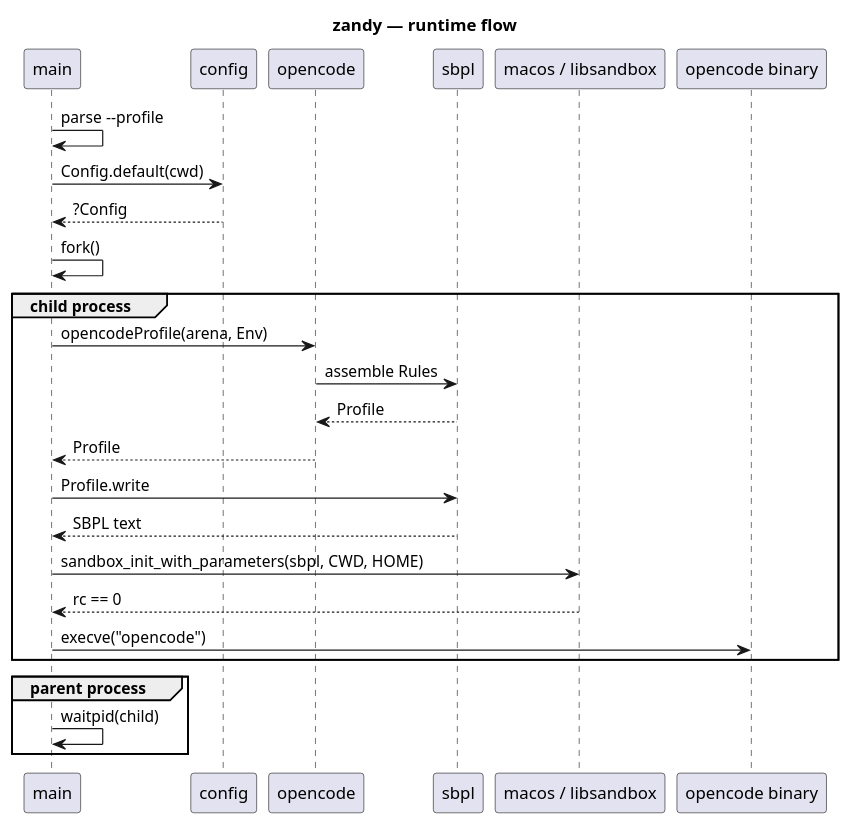
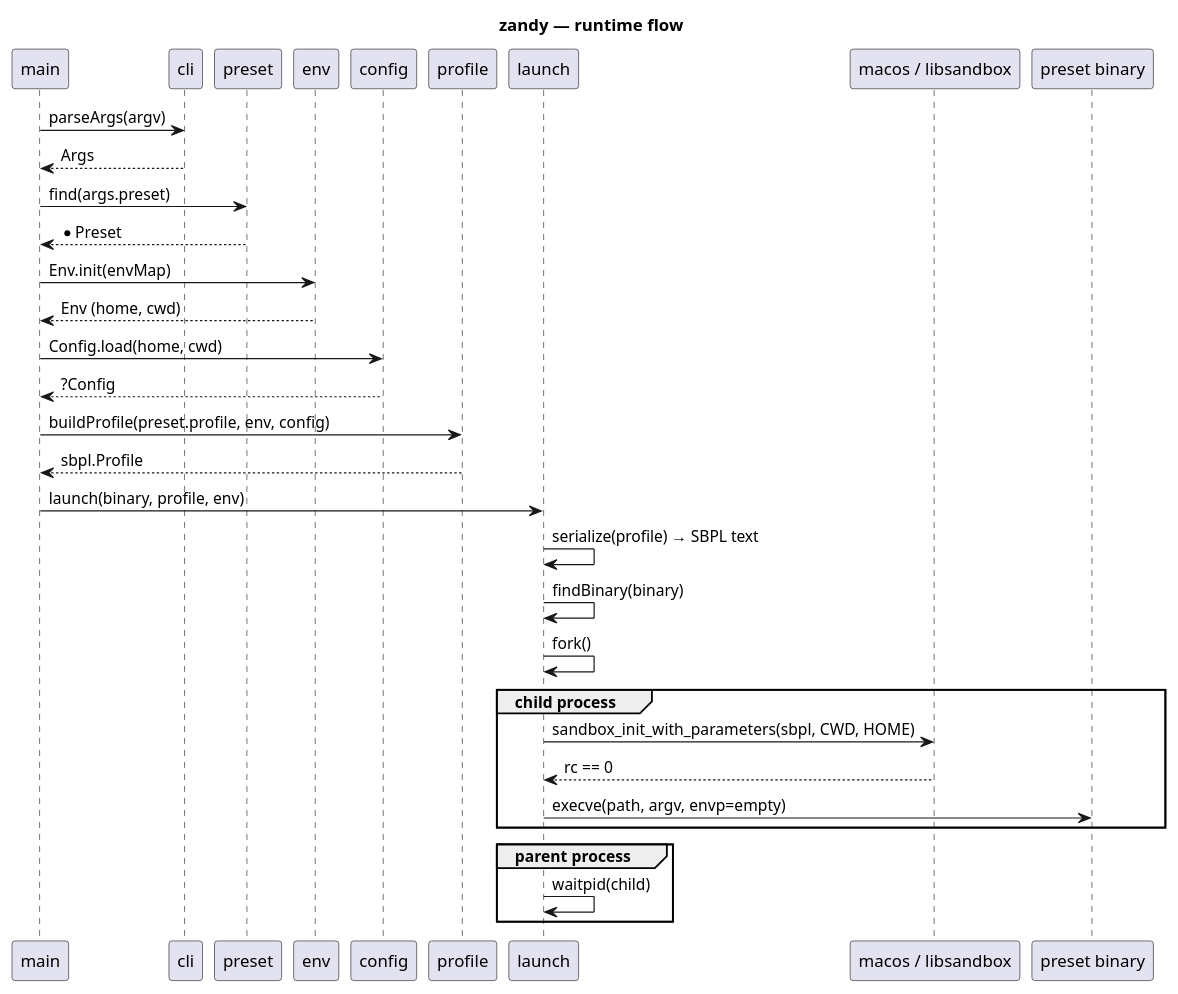
One commit to tbsklg/zandy changed the diagram in docs/runtime-flow.puml. Above: the diagram before and after it, drawn with PlantUML. The commit also changed 20 other files, not shown here.

```diff
--- a/docs/runtime-flow.puml
+++ b/docs/runtime-flow.puml
@@ -1,35 +1,44 @@
 @startuml runtime-flow
 title zandy — runtime flow
 
 skinparam shadowing false
 
 participant "main" as Main
+participant "cli" as Cli
+participant "preset" as Preset
+participant "env" as Env
 participant "config" as Config
-participant "opencode" as Opencode
-participant "sbpl" as Sbpl
+participant "profile" as Profile
+participant "launch" as Launch
 participant "macos / libsandbox" as Sandbox
-participant "opencode binary" as Bin
+participant "preset binary" as Bin
 
-Main -> Main : parse --profile
-Main -> Config : Config.default(cwd)
+Main -> Cli : parseArgs(argv)
+Cli --> Main : Args
+Main -> Preset : find(args.preset)
+Preset --> Main : *Preset
+
+Main -> Env : Env.init(envMap)
+Env --> Main : Env (home, cwd)
+Main -> Config : Config.load(home, cwd)
 Config --> Main : ?Config
+Main -> Profile : buildProfile(preset.profile, env, config)
+Profile --> Main : sbpl.Profile
 
-Main -> Main : fork()
+Main -> Launch : launch(binary, profile, env)
+Launch -> Launch : serialize(profile) → SBPL text
+Launch -> Launch : findBinary(binary)
+
+Launch -> Launch : fork()
 
 group child process
-  Main -> Opencode : opencodeProfile(arena, Env)
-  Opencode -> Sbpl : assemble Rules
-  Sbpl --> Opencode : Profile
-  Opencode --> Main : Profile
-  Main -> Sbpl : Profile.write
-  Sbpl --> Main : SBPL text
-  Main -> Sandbox : sandbox_init_with_parameters(sbpl, CWD, HOME)
-  Sandbox --> Main : rc == 0
-  Main -> Bin : execve("opencode")
+  Launch -> Sandbox : sandbox_init_with_parameters(sbpl, CWD, HOME)
+  Sandbox --> Launch : rc == 0
+  Launch -> Bin : execve(path, argv, envp=empty)
 end
 
 group parent process
-  Main -> Main : waitpid(child)
+  Launch -> Launch : waitpid(child)
 end
 
 @enduml
```
